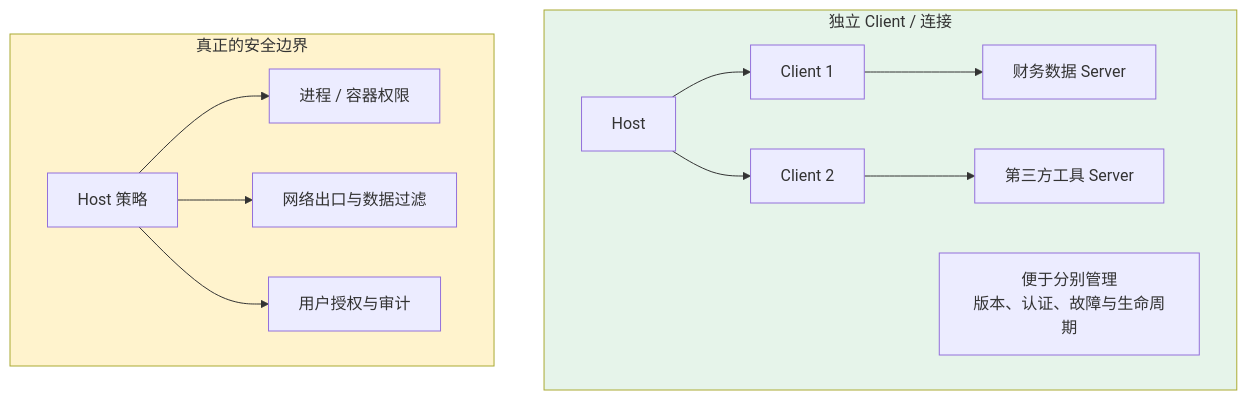
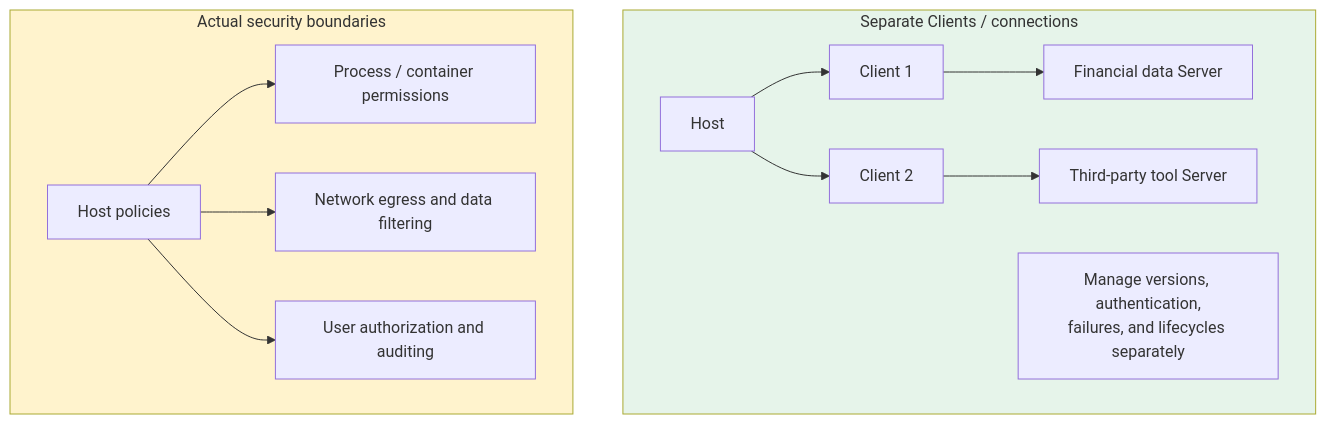
The second of 5 diagrams in docs/tools/02-mcp/05-mcp-components.md (oneleaveknowsthefall/awesome-ai-roadmap), drawn with Mermaid before and after one commit. The commit also changed other lines of this file and 42 other files, not shown here.

````diff
--- a/docs/tools/02-mcp/05-mcp-components.md
+++ b/docs/tools/02-mcp/05-mcp-components.md
@@ -48,17 +48,17 @@
 ```mermaid
 flowchart TB
-    subgraph GOOD["独立 Client / 连接"]
-        H1[Host] --> C1[Client 1] --> S1[财务数据 Server]
-        H1 --> C2[Client 2] --> S2[第三方工具 Server]
-        NOTE1["便于分别管理<br/>版本、认证、故障与生命周期"]
+    subgraph GOOD["Separate Clients / connections"]
+        H1[Host] --> C1[Client 1] --> S1[Financial data Server]
+        H1 --> C2[Client 2] --> S2[Third-party tool Server]
+        NOTE1["Manage versions, authentication,<br/>failures, and lifecycles separately"]
     end
 
-    subgraph BOUNDARY["真正的安全边界"]
-        P["Host 策略"] --> R["进程 / 容器权限"]
-        P --> N["网络出口与数据过滤"]
-        P --> A["用户授权与审计"]
+    subgraph BOUNDARY["Actual security boundaries"]
+        P["Host policies"] --> R["Process / container permissions"]
+        P --> N["Network egress and data filtering"]
+        P --> A["User authorization and auditing"]
     end
 
     style GOOD fill:#e6f4ea
     style BOUNDARY fill:#fff3cd
 ```
````
